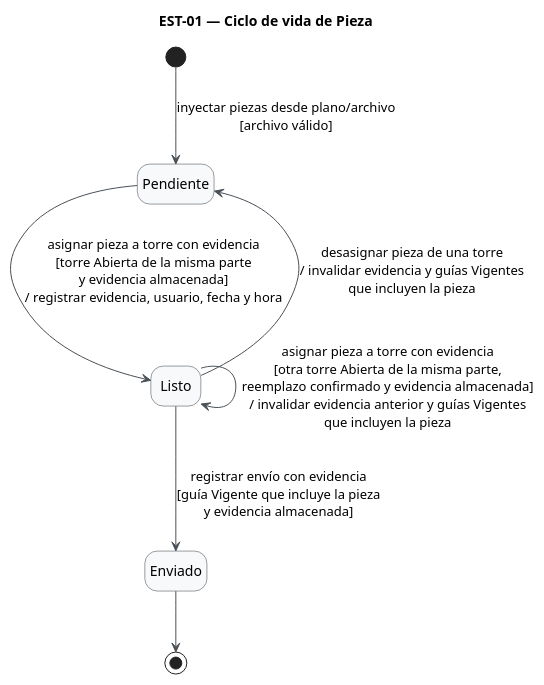
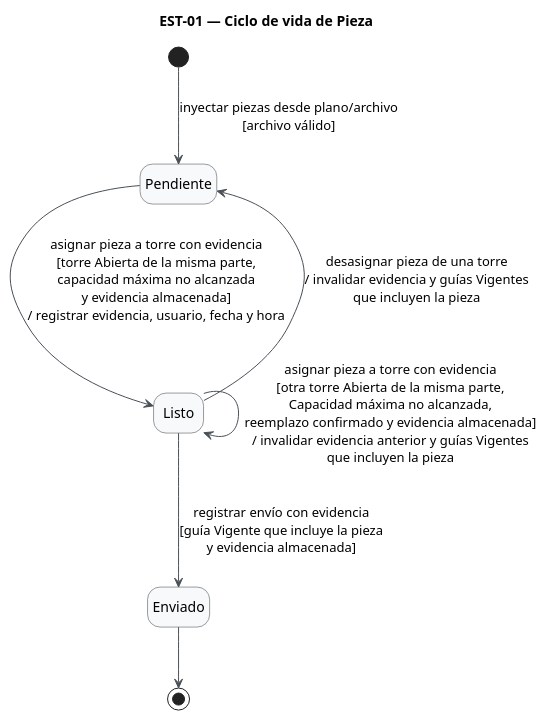
One commit to Foyzen-Kaze/snapsip changed the diagram in diagramas/est-01.puml. Above: the diagram before and after it, drawn with PlantUML. The commit also changed 6 other files, not shown here.

Commit message:
diagramas de estado y secuencia actualizados

```diff
--- a/diagramas/est-01.puml
+++ b/diagramas/est-01.puml
@@ -1,19 +1,19 @@
 @startuml est-01
 title EST-01 — Ciclo de vida de Pieza
 hide empty description
 skinparam shadowing false
 skinparam state {
   BackgroundColor #F8F9FA
   BorderColor #343A40
   ArrowColor #495057
   StartColor #343A40
   EndColor #343A40
 }
 
 [*] --> Pendiente : inyectar piezas desde plano/archivo\n[archivo válido]
-Pendiente --> Listo : asignar pieza a torre con evidencia\n[torre Abierta de la misma parte\ny evidencia almacenada]\n/ registrar evidencia, usuario, fecha y hora
-Listo --> Listo : asignar pieza a torre con evidencia\n[otra torre Abierta de la misma parte,\nreemplazo confirmado y evidencia almacenada]\n/ invalidar evidencia anterior y guías Vigentes\nque incluyen la pieza
+Pendiente --> Listo : asignar pieza a torre con evidencia\n[torre Abierta de la misma parte,\ncapacidad máxima no alcanzada\ny evidencia almacenada]\n/ registrar evidencia, usuario, fecha y hora
+Listo --> Listo : asignar pieza a torre con evidencia\n[otra torre Abierta de la misma parte,\nCapacidad máxima no alcanzada,\nreemplazo confirmado y evidencia almacenada]\n/ invalidar evidencia anterior y guías Vigentes\nque incluyen la pieza
 Listo --> Pendiente : desasignar pieza de una torre\n/ invalidar evidencia y guías Vigentes\nque incluyen la pieza
 Listo --> Enviado : registrar envío con evidencia\n[guía Vigente que incluye la pieza\ny evidencia almacenada]
 Enviado --> [*]
 @enduml
```
